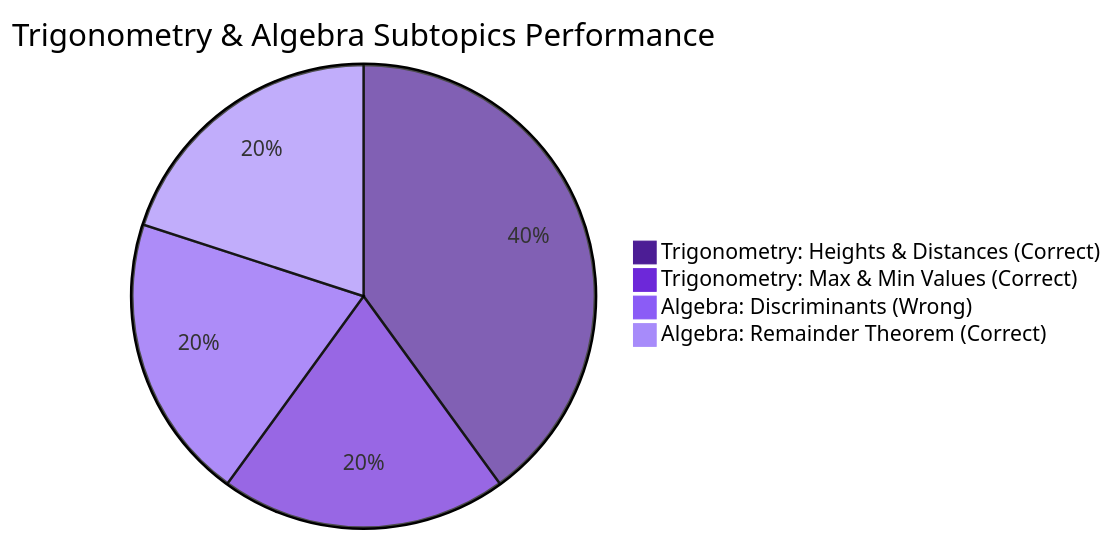
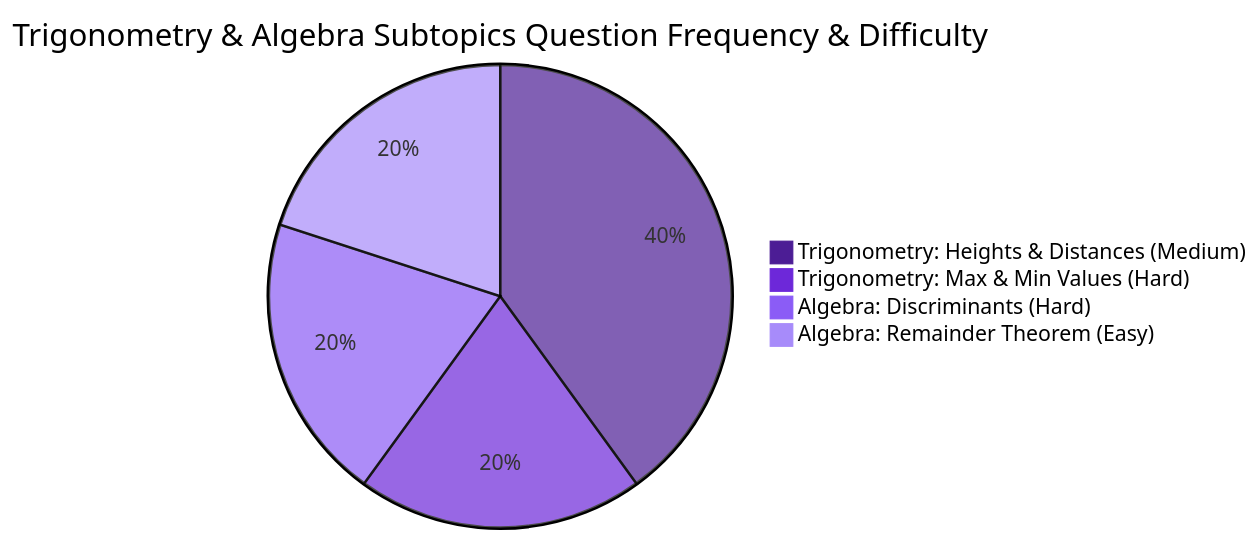
Before and after one commit to skc-coder/SAGE: the fifth of 5 diagrams in content/cds/elementary-mathematics/elementary_mathematics_overview.md, drawn with Mermaid. The commit also changed other lines of this file and 1 other file, not shown here.

First line of the commit message:
refactor(skill): separate subtopic difficulty rating from question-level outcome status

````diff
--- a/content/cds/elementary-mathematics/elementary_mathematics_overview.md
+++ b/content/cds/elementary-mathematics/elementary_mathematics_overview.md
@@ -52,8 +52,8 @@
 ```mermaid
 %%{init: {'themeVariables': { 'pie1': '#4c1d95', 'pie2': '#6d28d9', 'pie3': '#8b5cf6', 'pie4': '#a78bfa'}}}%%
-pie title Trigonometry & Algebra Subtopics Performance
-    "Trigonometry: Heights & Distances (Correct)" : 2
-    "Trigonometry: Max & Min Values (Correct)" : 1
-    "Algebra: Discriminants (Wrong)" : 1
-    "Algebra: Remainder Theorem (Correct)" : 1
+pie title Trigonometry & Algebra Subtopics Question Frequency & Difficulty
+    "Trigonometry: Heights & Distances (Medium)" : 2
+    "Trigonometry: Max & Min Values (Hard)" : 1
+    "Algebra: Discriminants (Hard)" : 1
+    "Algebra: Remainder Theorem (Easy)" : 1
 ```
````
